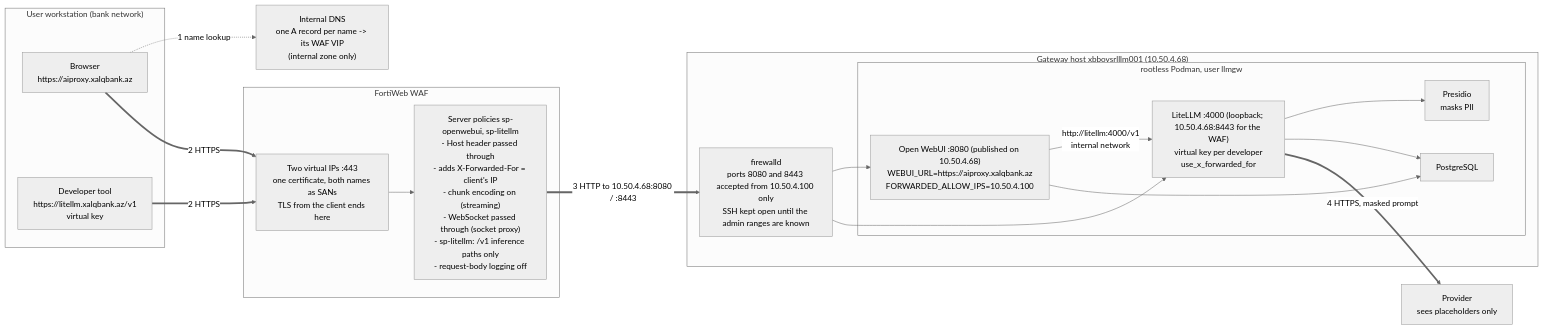
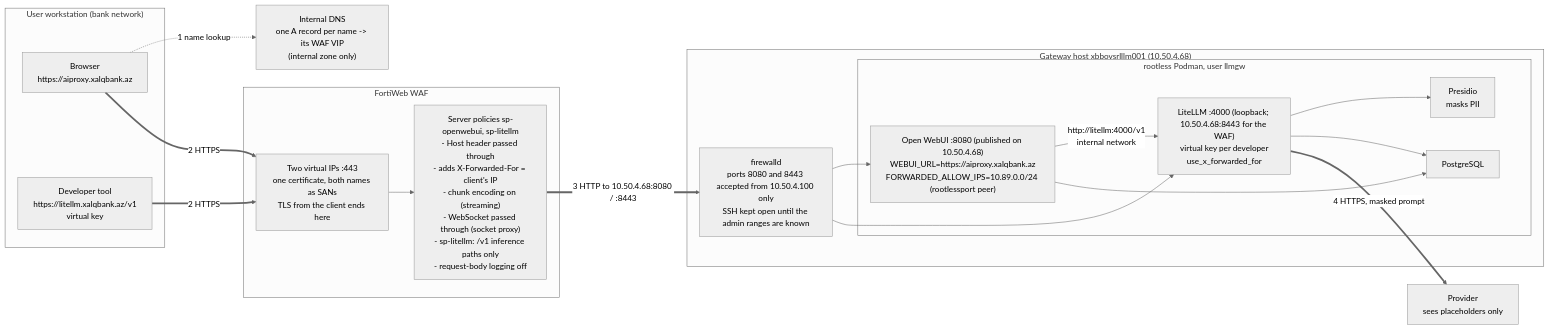
Before and after one commit to nafud/litellm: the diagram in docs/08-exposure.md, drawn with Mermaid (neutral theme). The commit also changed other lines of this file and 4 other files, not shown here.

First line of the commit message:
Open WebUI: trust X-Forwarded-For from the backend subnet, the address rootlessport connects from

````diff
--- a/docs/08-exposure.md
+++ b/docs/08-exposure.md
@@ -17,34 +17,34 @@
 ```mermaid
 flowchart LR
   subgraph user["User workstation (bank network)"]
     browser["Browser<br/>https://aiproxy.xalqbank.az"]
     dev["Developer tool<br/>https://litellm.xalqbank.az/v1<br/>virtual key"]
   end
   dns["Internal DNS<br/>one A record per name -> its WAF VIP<br/>(internal zone only)"]
   subgraph waf["FortiWeb WAF"]
     vip["Two virtual IPs :443<br/>one certificate, both names as SANs<br/>TLS from the client ends here"]
     rules["Server policies sp-openwebui, sp-litellm<br/>- Host header passed through<br/>- adds X-Forwarded-For = client's IP<br/>- chunk encoding on (streaming)<br/>- WebSocket passed through (socket proxy)<br/>- sp-litellm: /v1 inference paths only<br/>- request-body logging off"]
     vip --> rules
   end
   subgraph host["Gateway host xbbovsrlllm001 (10.50.4.68)"]
     fw["firewalld<br/>ports 8080 and 8443 accepted from 10.50.4.100 only<br/>SSH kept open until the admin ranges are known"]
     subgraph podman["rootless Podman, user llmgw"]
-      owui["Open WebUI :8080 (published on 10.50.4.68)<br/>WEBUI_URL=https://aiproxy.xalqbank.az<br/>FORWARDED_ALLOW_IPS=10.50.4.100"]
+      owui["Open WebUI :8080 (published on 10.50.4.68)<br/>WEBUI_URL=https://aiproxy.xalqbank.az<br/>FORWARDED_ALLOW_IPS=10.89.0.0/24 (rootlessport peer)"]
       litellm["LiteLLM :4000 (loopback; 10.50.4.68:8443 for the WAF)<br/>virtual key per developer<br/>use_x_forwarded_for"]
       presidio["Presidio<br/>masks PII"]
       pg["PostgreSQL"]
       owui -- "http://litellm:4000/v1<br/>internal network" --> litellm
       litellm --> presidio
       litellm --> pg
       owui --> pg
     end
     fw --> owui
     fw --> litellm
   end
   provider["Provider<br/>sees placeholders only"]
   browser -. "1 name lookup" .-> dns
   browser == "2 HTTPS" ==> vip
   dev == "2 HTTPS" ==> vip
   rules == "3 HTTP to 10.50.4.68:8080 / :8443" ==> fw
   litellm == "4 HTTPS, masked prompt" ==> provider
 ```
````
